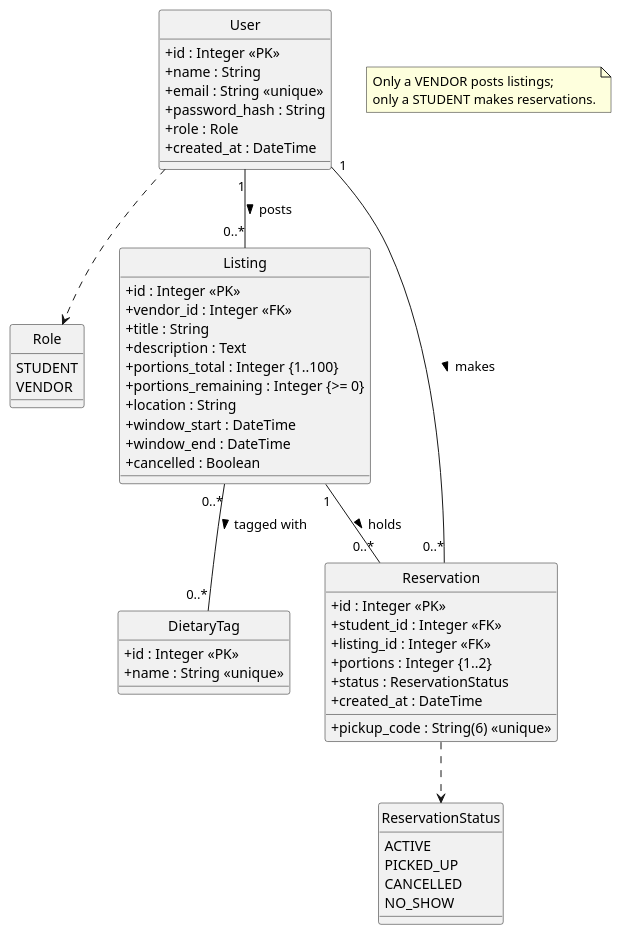
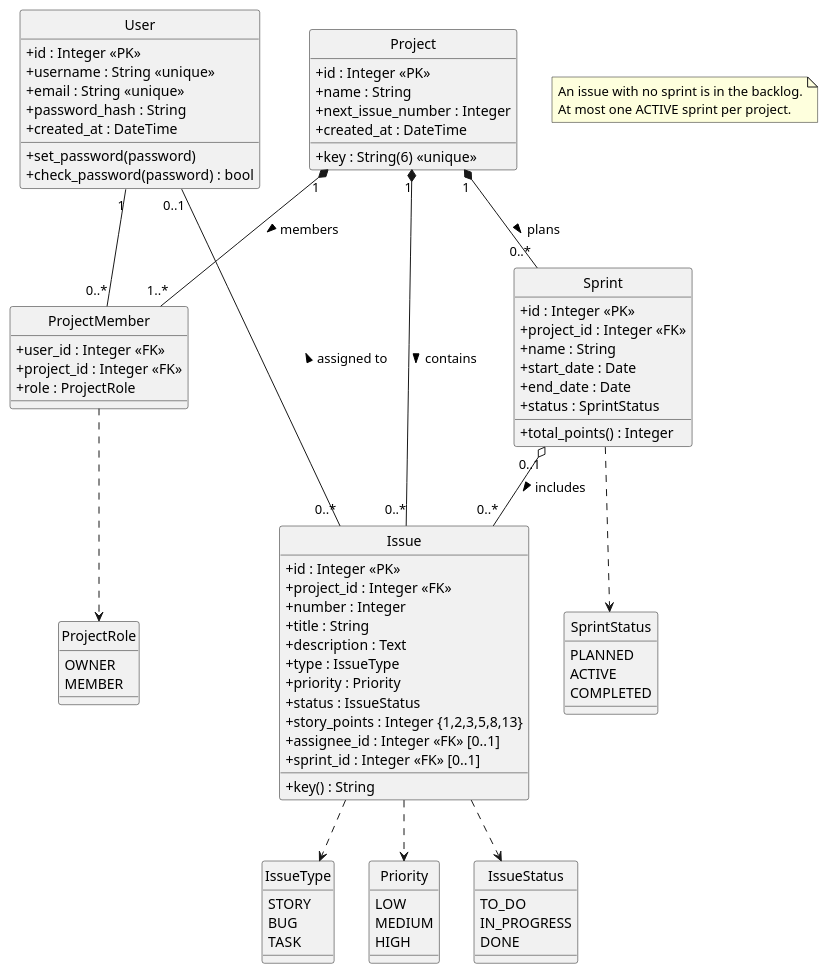
Before and after one commit to AdenPotato/CS3250-project-3: the first of 2 diagrams in .agents/skills/uml/SKILL.md, drawn with PlantUML. The commit also changed other lines of this file and 44 other files, not shown here.

````diff
--- a/.agents/skills/uml/SKILL.md
+++ b/.agents/skills/uml/SKILL.md
@@ -23,62 +26,96 @@
 hide circle
 skinparam classAttributeIconSize 0
 
-enum Role {
-  STUDENT
-  VENDOR
+enum ProjectRole {
+  OWNER
+  MEMBER
+}
+
+enum IssueType {
+  STORY
+  BUG
+  TASK
+}
+
+enum Priority {
+  LOW
+  MEDIUM
+  HIGH
+}
+
+enum IssueStatus {
+  TO_DO
+  IN_PROGRESS
+  DONE
+}
+
+enum SprintStatus {
+  PLANNED
+  ACTIVE
+  COMPLETED
 }
 
 class User {
   +id : Integer <<PK>>
-  +name : String
+  +username : String <<unique>>
   +email : String <<unique>>
   +password_hash : String
-  +role : Role
+  +created_at : DateTime
+  +set_password(password)
+  +check_password(password) : bool
+}
+
+class Project {
+  +id : Integer <<PK>>
+  +name : String
+  +key : String(6) <<unique>>
+  +next_issue_number : Integer
   +created_at : DateTime
 }
 
-class Listing {
+class ProjectMember {
+  +user_id : Integer <<FK>>
+  +project_id : Integer <<FK>>
+  +role : ProjectRole
+}
+
+class Issue {
   +id : Integer <<PK>>
-  +vendor_id : Integer <<FK>>
+  +project_id : Integer <<FK>>
+  +number : Integer
   +title : String
   +description : Text
-  +portions_total : Integer {1..100}
-  +portions_remaining : Integer {>= 0}
-  +location : String
-  +window_start : DateTime
-  +window_end : DateTime
-  +cancelled : Boolean
+  +type : IssueType
+  +priority : Priority
+  +status : IssueStatus
+  +story_points : Integer {1,2,3,5,8,13}
+  +assignee_id : Integer <<FK>> [0..1]
+  +sprint_id : Integer <<FK>> [0..1]
+  +key() : String
 }
 
-class Reservation {
+class Sprint {
   +id : Integer <<PK>>
-  +student_id : Integer <<FK>>
-  +listing_id : Integer <<FK>>
-  +portions : Integer {1..2}
-  +pickup_code : String(6) <<unique>>
-  +status : ReservationStatus
-  +created_at : DateTime
+  +project_id : Integer <<FK>>
+  +name : String
+  +start_date : Date
+  +end_date : Date
+  +status : SprintStatus
+  +total_points() : Integer
 }
 
-enum ReservationStatus {
-  ACTIVE
-  PICKED_UP
-  CANCELLED
-  NO_SHOW
-}
+User "1" -- "0..*" ProjectMember
+Project "1" *-- "1..*" ProjectMember : members >
+Project "1" *-- "0..*" Issue : contains >
+Project "1" *-- "0..*" Sprint : plans >
+Sprint "0..1" o-- "0..*" Issue : includes >
+User "0..1" -- "0..*" Issue : assigned to <
+ProjectMember ..> ProjectRole
+Issue ..> IssueType
+Issue ..> Priority
+Issue ..> IssueStatus
+Sprint ..> SprintStatus
 
-class DietaryTag {
-  +id : Integer <<PK>>
-  +name : String <<unique>>
-}
-
-User "1" -- "0..*" Listing : posts >
-User "1" -- "0..*" Reservation : makes >
-Listing "1" -- "0..*" Reservation : holds >
-Listing "0..*" -- "0..*" DietaryTag : tagged with >
-User ..> Role
-Reservation ..> ReservationStatus
-
-note "Only a VENDOR posts listings;\nonly a STUDENT makes reservations." as N1
+note "An issue with no sprint is in the backlog.\nAt most one ACTIVE sprint per project." as N1
 @enduml
 ```
````
